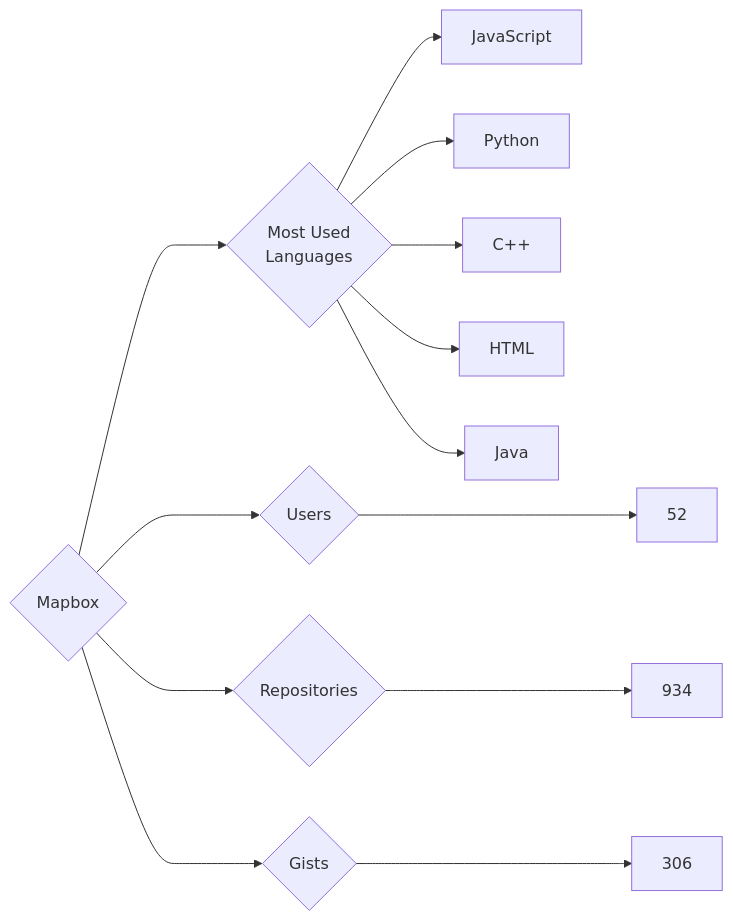
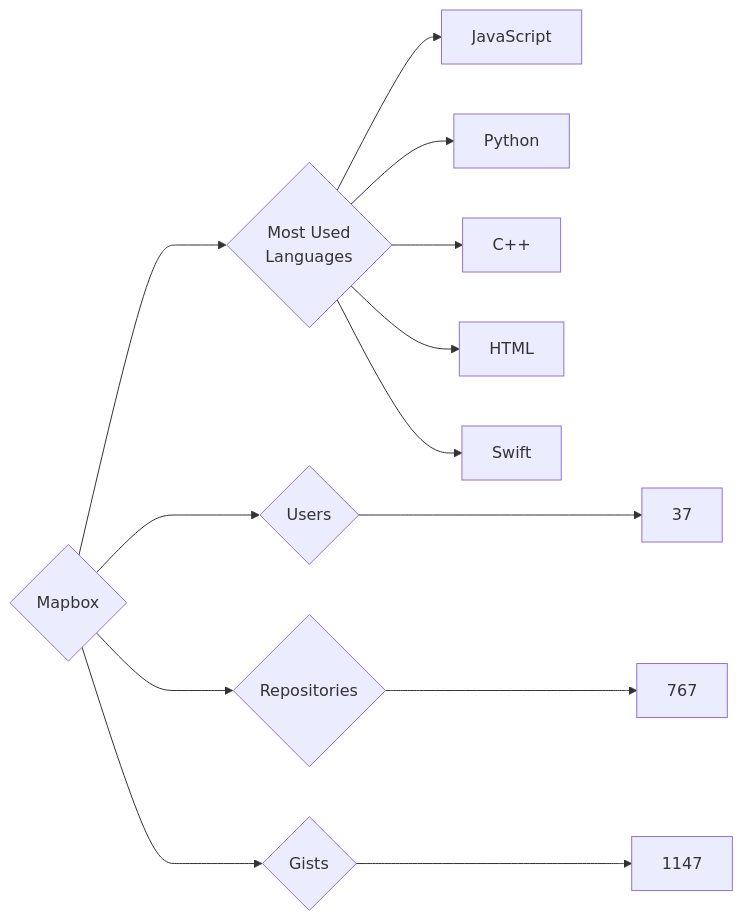
The diagram in targets/Mapbox/README.md (trickest/insiders), drawn with Mermaid before and after one commit. The commit also changed 872 other files, not shown here.

````diff
--- a/targets/Mapbox/README.md
+++ b/targets/Mapbox/README.md
@@ -3,13 +3,13 @@
 ```mermaid
 graph LR
 COMPANY_NAME{Mapbox}
-COMPANY_NAME ---> U{Users} ---> UN[52]
-COMPANY_NAME ---> R{Repositories} ---> RN[934]
-COMPANY_NAME ---> G{Gists} ---> GN[306]
+COMPANY_NAME ---> U{Users} ---> UN[37]
+COMPANY_NAME ---> R{Repositories} ---> RN[767]
+COMPANY_NAME ---> G{Gists} ---> GN[1147]
 COMPANY_NAME ---> ML{Most Used<br>Languages}
 ML --> JavaScript[JavaScript]
 ML --> Python[Python]
 ML --> C++[C++]
 ML --> HTML[HTML]
-ML --> Java[Java]
+ML --> Swift[Swift]
 ```
````
